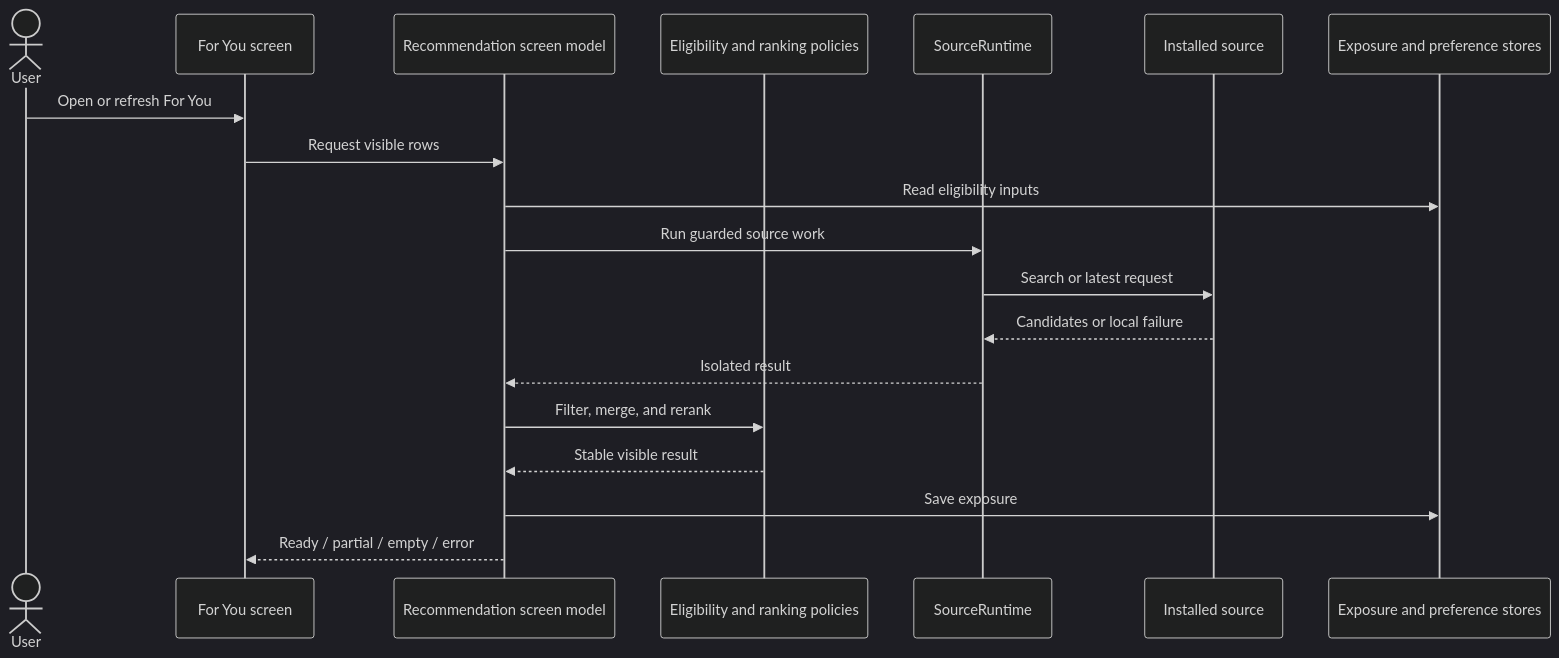
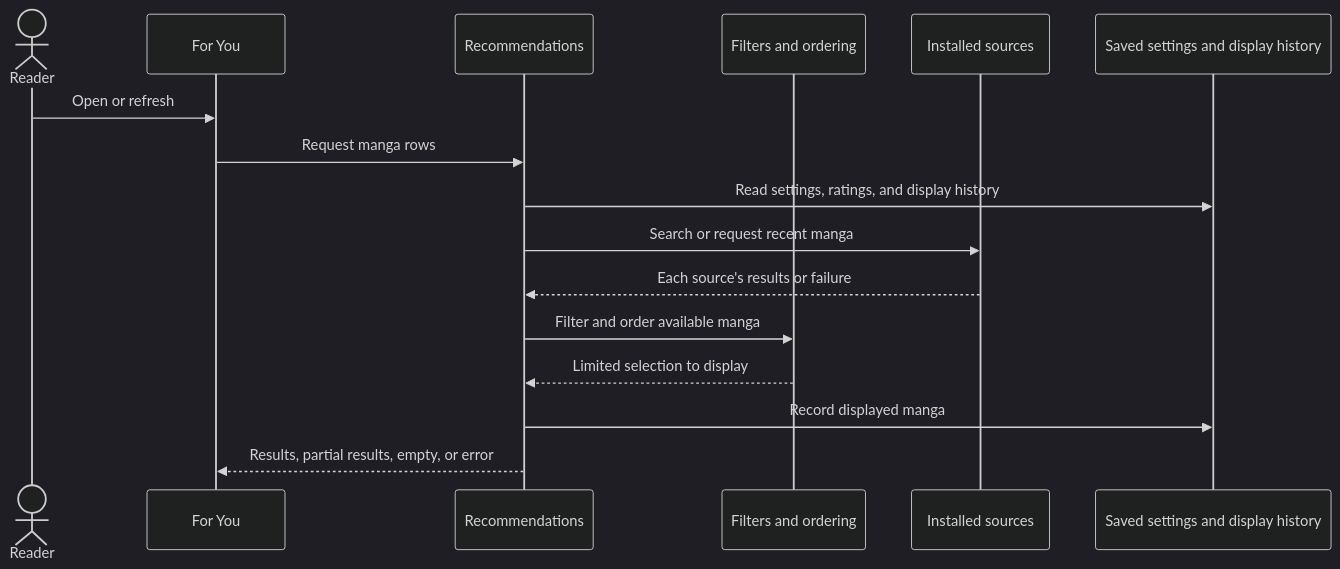
One commit to FancyCorey/komikku-fc changed the third of 6 diagrams in docs/kmk/how-kmk-works.md. Above: the diagram before and after it, drawn with Mermaid (dark theme). The commit also changed other lines of this file and 16 other files, not shown here.

````diff
--- a/docs/kmk/how-kmk-works.md
+++ b/docs/kmk/how-kmk-works.md
@@ -38,22 +38,19 @@
 ```mermaid
 sequenceDiagram
-    actor User
-    participant Screen as For You screen
-    participant Model as Recommendation screen model
-    participant Policy as Eligibility and ranking policies
-    participant Runtime as SourceRuntime
-    participant Source as Installed source
-    participant Memory as Exposure and preference stores
+    actor Reader
+    participant Screen as For You
+    participant App as Recommendations
+    participant Rules as Filters and ordering
+    participant Source as Installed sources
+    participant Data as Saved settings and display history
 
-    User->>Screen: Open or refresh For You
-    Screen->>Model: Request visible rows
-    Model->>Memory: Read eligibility inputs
-    Model->>Runtime: Run guarded source work
-    Runtime->>Source: Search or latest request
-    Source-->>Runtime: Candidates or local failure
-    Runtime-->>Model: Isolated result
-    Model->>Policy: Filter, merge, and rerank
-    Policy-->>Model: Stable visible result
-    Model->>Memory: Save exposure
-    Model-->>Screen: Ready / partial / empty / error
+    Reader->>Screen: Open or refresh
+    Screen->>App: Request manga rows
+    App->>Data: Read settings, ratings, and display history
+    App->>Source: Search or request recent manga
+    Source-->>App: Each source's results or failure
+    App->>Rules: Filter and order available manga
+    Rules-->>App: Limited selection to display
+    App->>Data: Record displayed manga
+    App-->>Screen: Results, partial results, empty, or error
 ```
````
